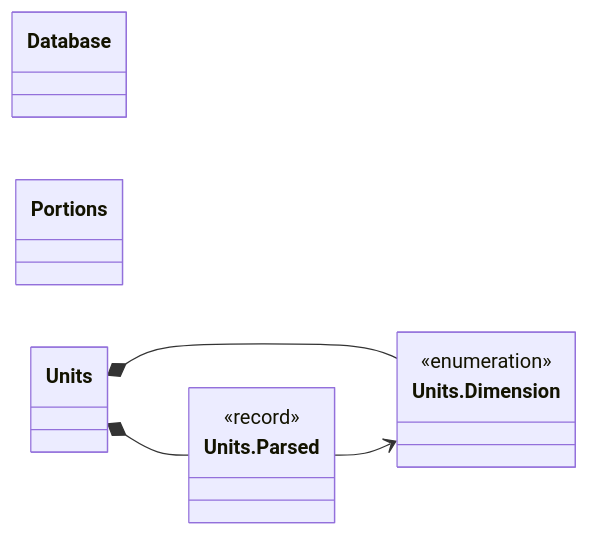
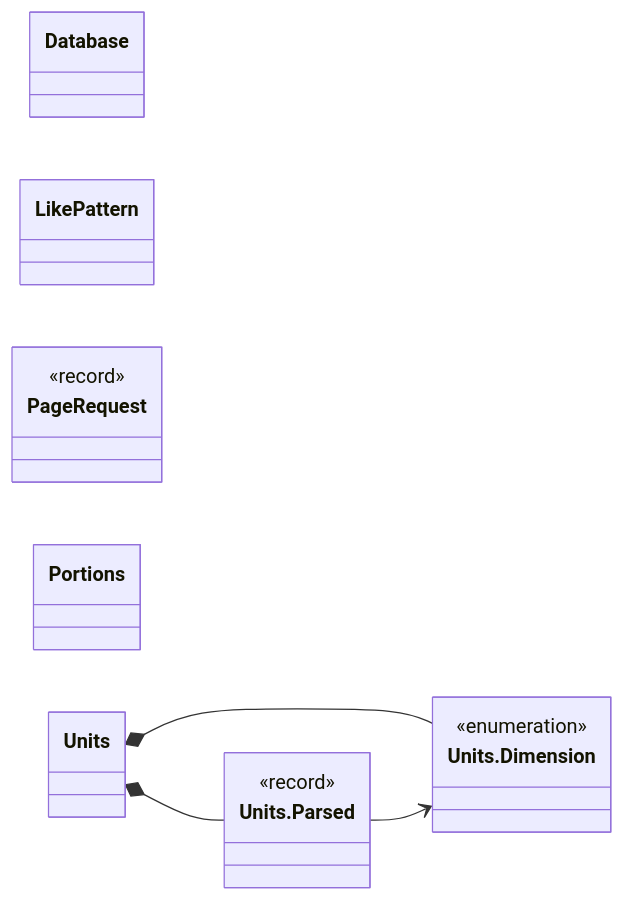
The first of 8 diagrams in docs/classes/shared.md (Nate-ryan-7690/dahaem), drawn with Mermaid before and after one commit. The commit also changed other lines of this file and 35 other files, not shown here.

````diff
--- a/docs/classes/shared.md
+++ b/docs/classes/shared.md
@@ -11,16 +11,20 @@
 ```mermaid
 classDiagram
     direction LR
     class shared_Database["Database"]
+    class shared_LikePattern["LikePattern"]
+    class shared_PageRequest["PageRequest"] {
+        <<record>>
+    }
     class shared_Portions["Portions"]
     class shared_Units["Units"]
     class shared_Units_Dimension["Units.Dimension"] {
         <<enumeration>>
     }
     class shared_Units_Parsed["Units.Parsed"] {
         <<record>>
     }
     shared_Units *-- shared_Units_Dimension
     shared_Units *-- shared_Units_Parsed
     shared_Units_Parsed --> shared_Units_Dimension
 ```
````
